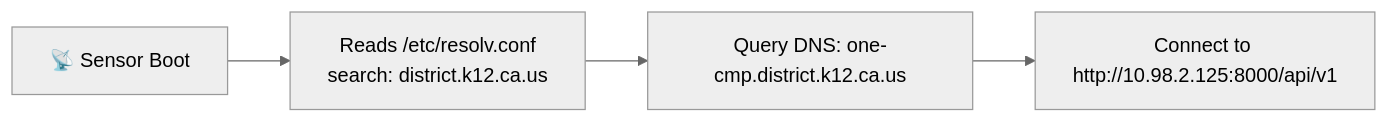
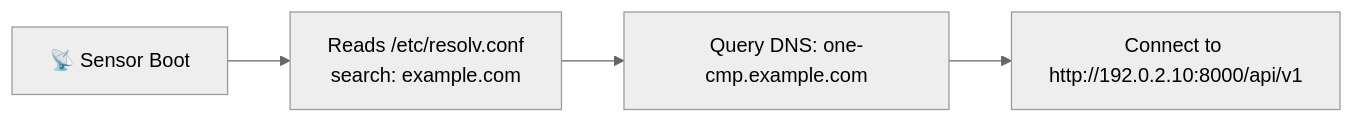
One commit to leifdavisson/Open_Network_Experience changed the fifth of 6 diagrams in docs/DHCP_OPTION_43_AND_DNS_DISCOVERY_GUIDE.md. Above: the diagram before and after it, drawn with Mermaid (neutral theme). The commit also changed other lines of this file and 57 other files, not shown here.

````diff
--- a/docs/DHCP_OPTION_43_AND_DNS_DISCOVERY_GUIDE.md
+++ b/docs/DHCP_OPTION_43_AND_DNS_DISCOVERY_GUIDE.md
@@ -420,6 +420,6 @@
 ```mermaid
 graph LR
-    SENSOR["📡 Sensor Boot"] --> RESOLV["Reads /etc/resolv.conf<br/>search: district.k12.ca.us"]
-    RESOLV --> DNS["Query DNS: one-cmp.district.k12.ca.us"]
-    DNS --> CMP["Connect to http://10.98.2.125:8000/api/v1"]
+    SENSOR["📡 Sensor Boot"] --> RESOLV["Reads /etc/resolv.conf<br/>search: example.com"]
+    RESOLV --> DNS["Query DNS: one-cmp.example.com"]
+    DNS --> CMP["Connect to http://192.0.2.10:8000/api/v1"]
 ```
````
